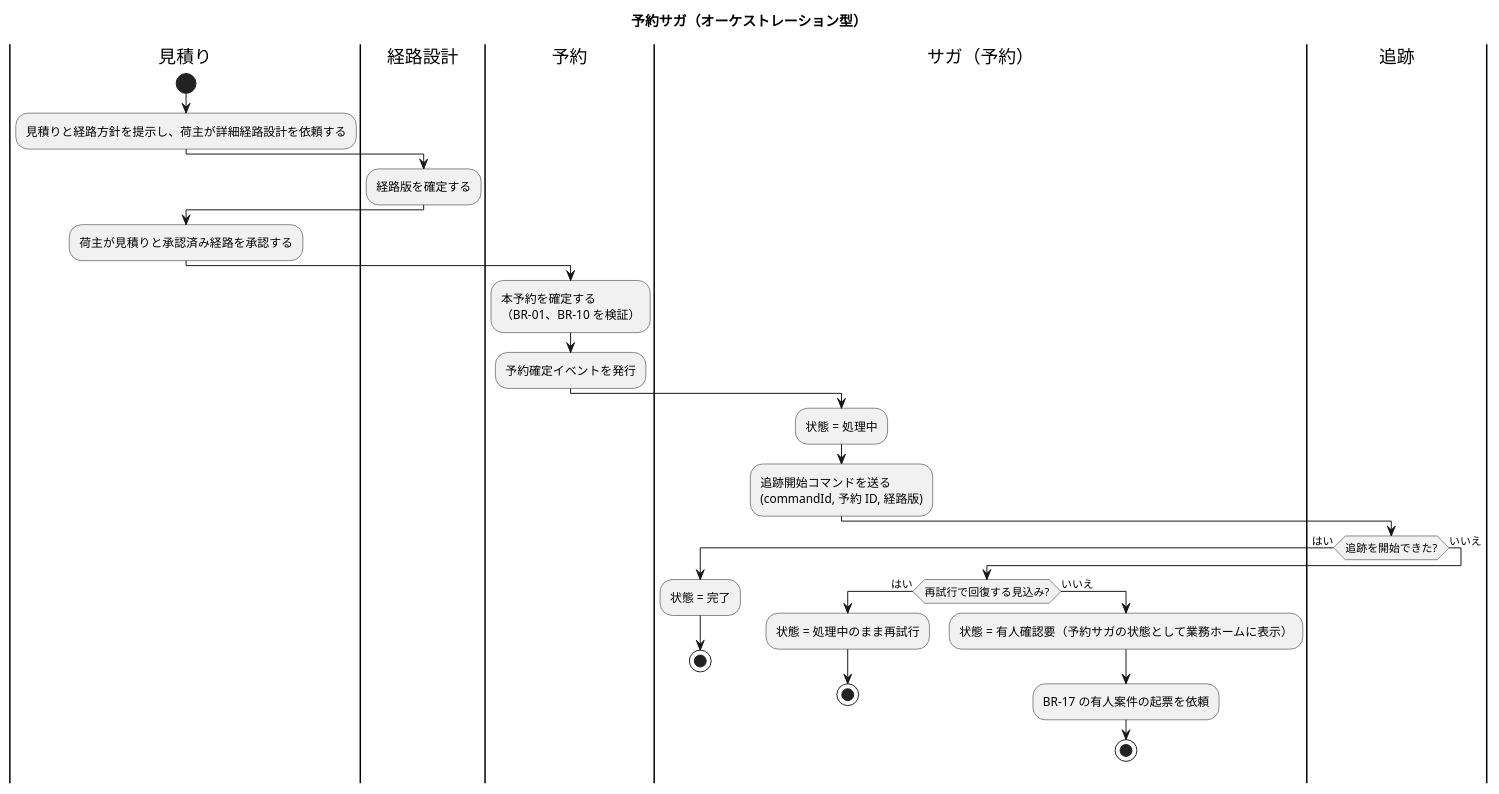
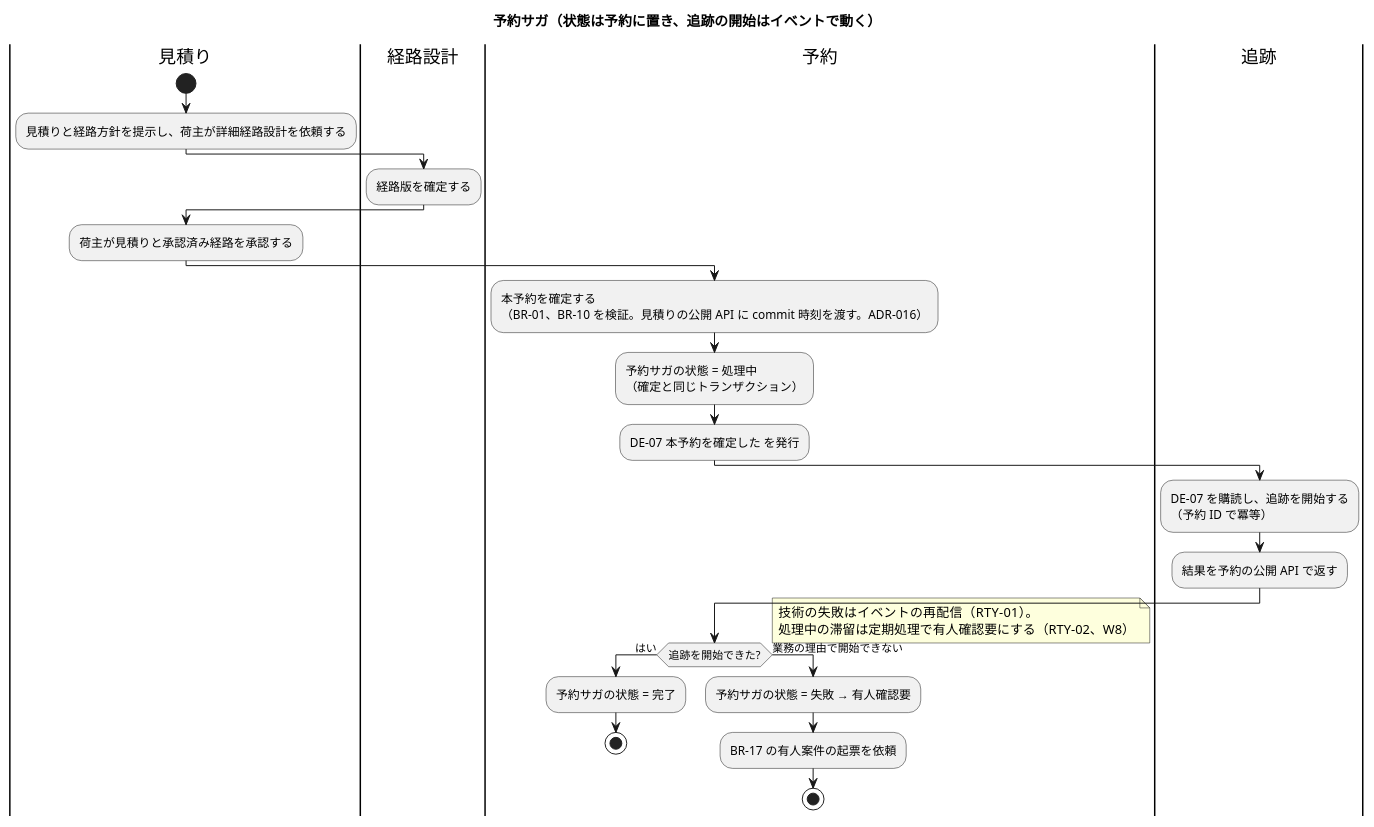
One commit to k2works/practical-domain-driven-design-in-enterpris-application changed the fourth of 4 diagrams in docs/design/cargo-tracker/architecture_backend.md. Above: the diagram before and after it, drawn with PlantUML. The commit also changed other lines of this file and 12 other files, not shown here.

````diff
--- a/docs/design/cargo-tracker/architecture_backend.md
+++ b/docs/design/cargo-tracker/architecture_backend.md
@@ -326,34 +326,32 @@
 ```plantuml
 @startuml
-title 予約サガ（オーケストレーション型）
+title 予約サガ（状態は予約に置き、追跡の開始はイベントで動く）
 |見積り|
 start
 :見積りと経路方針を提示し、荷主が詳細経路設計を依頼する;
 |経路設計|
 :経路版を確定する;
 |見積り|
 :荷主が見積りと承認済み経路を承認する;
 |予約|
-:本予約を確定する\n（BR-01、BR-10 を検証）;
-:予約確定イベントを発行;
-|サガ（予約）|
-:状態 = 処理中;
-:追跡開始コマンドを送る\n(commandId, 予約 ID, 経路版);
+:本予約を確定する\n（BR-01、BR-10 を検証。見積りの公開 API に commit 時刻を渡す。ADR-016）;
+:予約サガの状態 = 処理中\n（確定と同じトランザクション）;
+:DE-07 本予約を確定した を発行;
 |追跡|
+:DE-07 を購読し、追跡を開始する\n（予約 ID で冪等）;
+:結果を予約の公開 API で返す;
+|予約|
 if (追跡を開始できた?) then (はい)
-  |サガ（予約）|
-  :状態 = 完了;
+  :予約サガの状態 = 完了;
   stop
-else (いいえ)
-  |サガ（予約）|
-  if (再試行で回復する見込み?) then (はい)
-    :状態 = 処理中のまま再試行;
-    stop
-  else (いいえ)
-    :状態 = 有人確認要（予約サガの状態として業務ホームに表示）;
-    :BR-17 の有人案件の起票を依頼;
-    stop
-  endif
+else (業務の理由で開始できない)
+  :予約サガの状態 = 失敗 → 有人確認要;
+  :BR-17 の有人案件の起票を依頼;
+  stop
 endif
+note right
+  技術の失敗はイベントの再配信（RTY-01）。
+  処理中の滞留は定期処理で有人確認要にする（RTY-02、W8）
+end note
 @enduml
 ```
````
